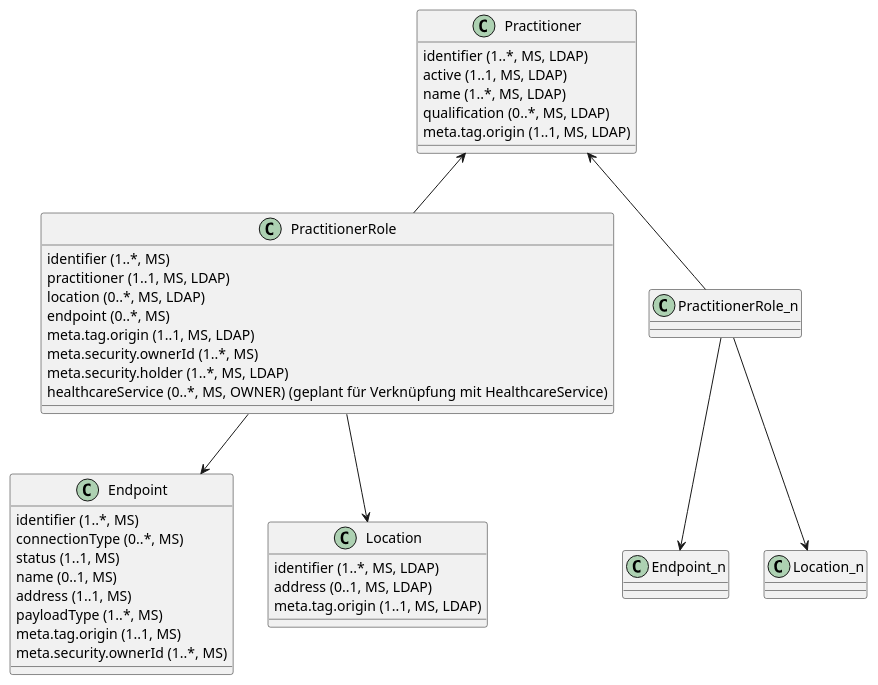
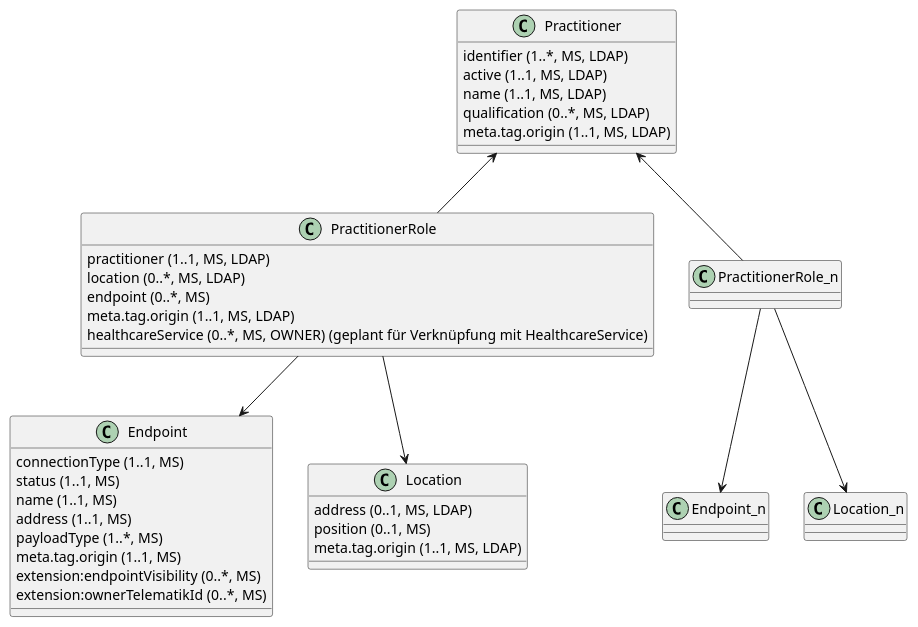
Before and after one commit to gematik/api-vzd: the diagram in src/plantuml/ClassDiagram.PractitionerDirectory.puml, drawn with PlantUML.

Commit message:
Update entsprechend Simplifier Profil
Attribute und Kardinalitäten aktualisiert

```diff
--- a/src/plantuml/ClassDiagram.PractitionerDirectory.puml
+++ b/src/plantuml/ClassDiagram.PractitionerDirectory.puml
@@ -1,45 +1,42 @@
 @startuml
  
 class Practitioner {
   {field} identifier (1..*, MS, LDAP)
   {field} active (1..1, MS, LDAP)
-  {field} name (1..*, MS, LDAP)
+  {field} name (1..1, MS, LDAP)
   {field} qualification (0..*, MS, LDAP)
   {field} meta.tag.origin (1..1, MS, LDAP)
 }
  
 class PractitionerRole {
-  {field} identifier (1..*, MS)
   {field} practitioner (1..1, MS, LDAP)
   {field} location (0..*, MS, LDAP)
   {field} endpoint (0..*, MS)
   {field} meta.tag.origin (1..1, MS, LDAP)
-  {field} meta.security.ownerId (1..*, MS)
-  {field} meta.security.holder (1..*, MS, LDAP)
   {field} healthcareService (0..*, MS, OWNER) (geplant für Verknüpfung mit HealthcareService)
 }
  
 class Endpoint {
-  {field} identifier (1..*, MS)
-  {field} connectionType (0..*, MS)
+  {field} connectionType (1..1, MS)
   {field} status (1..1, MS)
-  {field} name (0..1, MS)
+  {field} name (1..1, MS)
   {field} address (1..1, MS)
   {field} payloadType (1..*, MS)
   {field} meta.tag.origin (1..1, MS)
-  {field} meta.security.ownerId (1..*, MS)
+  {field} extension:endpointVisibility (0..*, MS)
+  {field} extension:ownerTelematikId (0..*, MS)
 }
 class Location {
-  {field} identifier (1..*, MS, LDAP)
   {field} address (0..1, MS, LDAP)
+  {field} position (0..1, MS)  
   {field} meta.tag.origin (1..1, MS, LDAP)
 }
  
 Practitioner <-- PractitionerRole
 PractitionerRole --> Endpoint
 PractitionerRole --> Location
  
 Practitioner <-- PractitionerRole_n
 PractitionerRole_n  --> Endpoint_n
 PractitionerRole_n  --> Location_n
 @enduml
```
